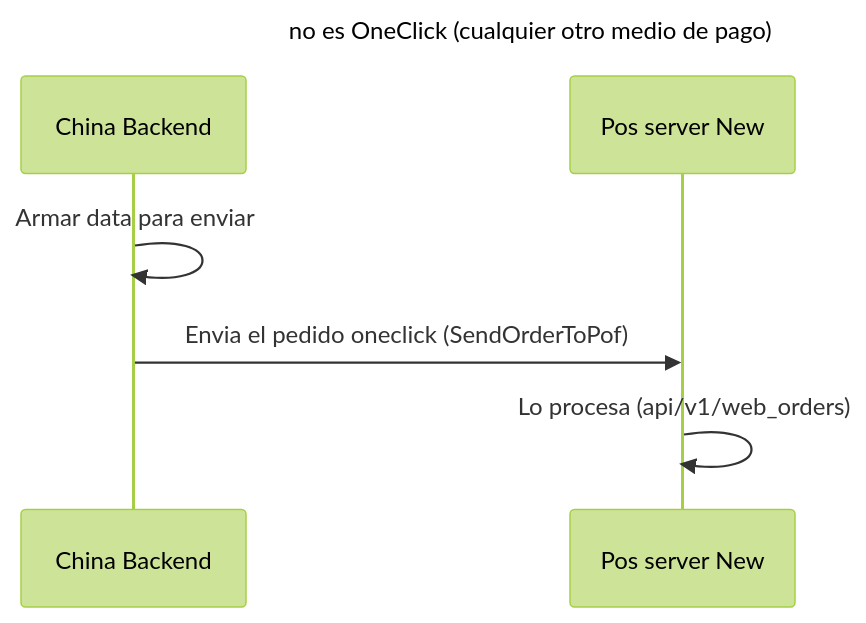
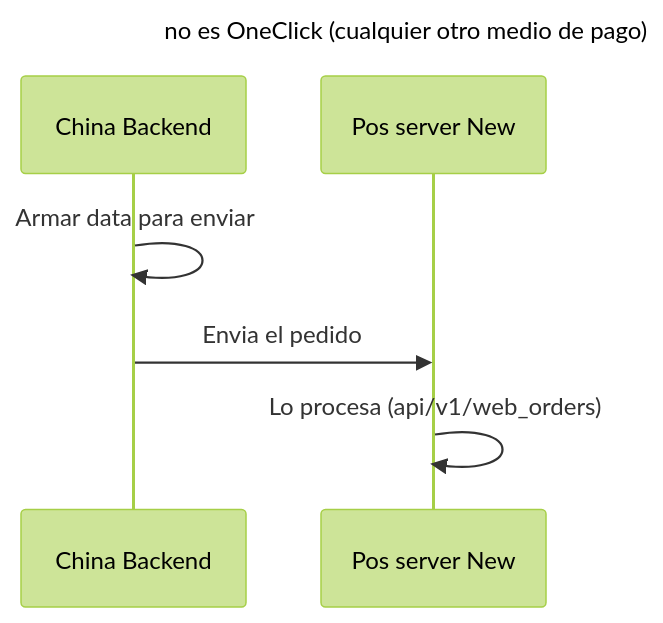
The third of 5 diagrams in 100_niufoods/03_projects/china_backend/documentation/orders/diagramns.md (javix70/personal_obsidian), drawn with Mermaid (forest theme) before and after one commit. The commit also changed other lines of this file and 3 other files, not shown here.

````diff
--- a/100_niufoods/03_projects/china_backend/documentation/orders/diagramns.md
+++ b/100_niufoods/03_projects/china_backend/documentation/orders/diagramns.md
@@ -92,13 +92,13 @@
 ```mermaid
 ---
 title: no es OneClick (cualquier otro medio de pago)
 ---
 
 sequenceDiagram
     participant CB as China Backend
     participant PN as Pos server New
 
 	CB->>CB: Armar data para enviar
-	CB->>PN: Envia el pedido oneclick (SendOrderToPof)
+	CB->>PN: Envia el pedido
 	PN->>PN: Lo procesa (api/v1/web_orders)
 ```
````
